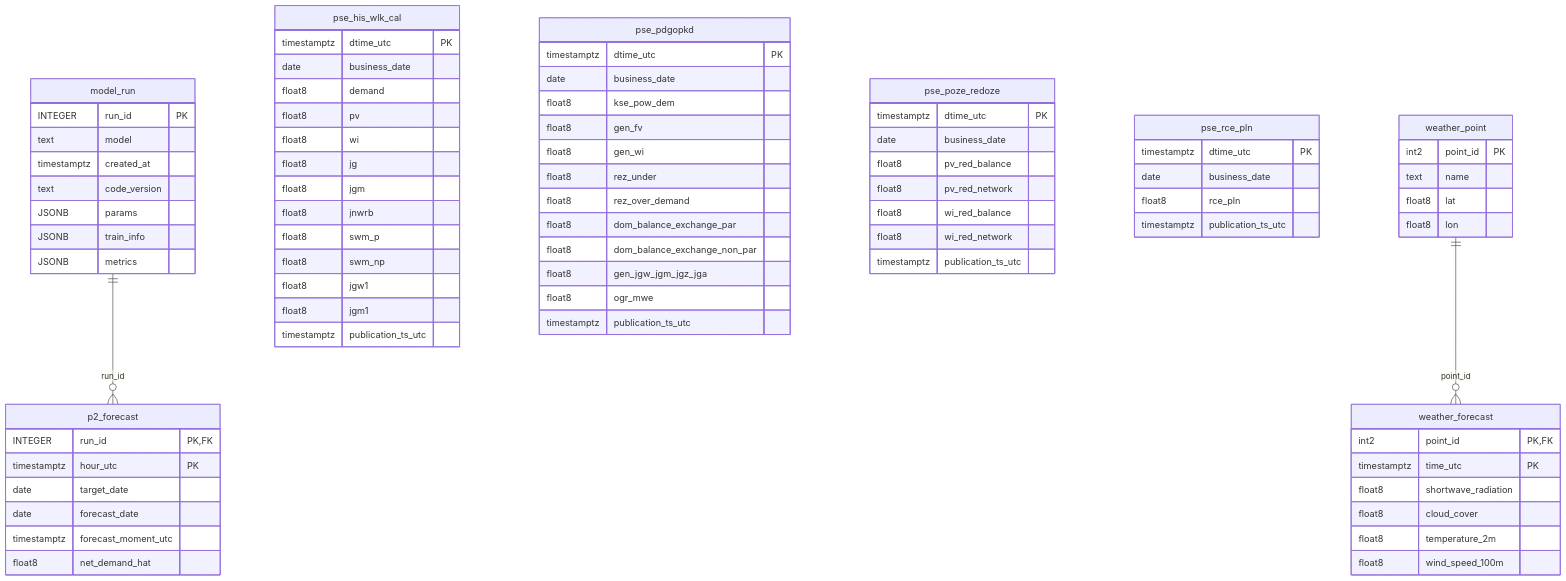
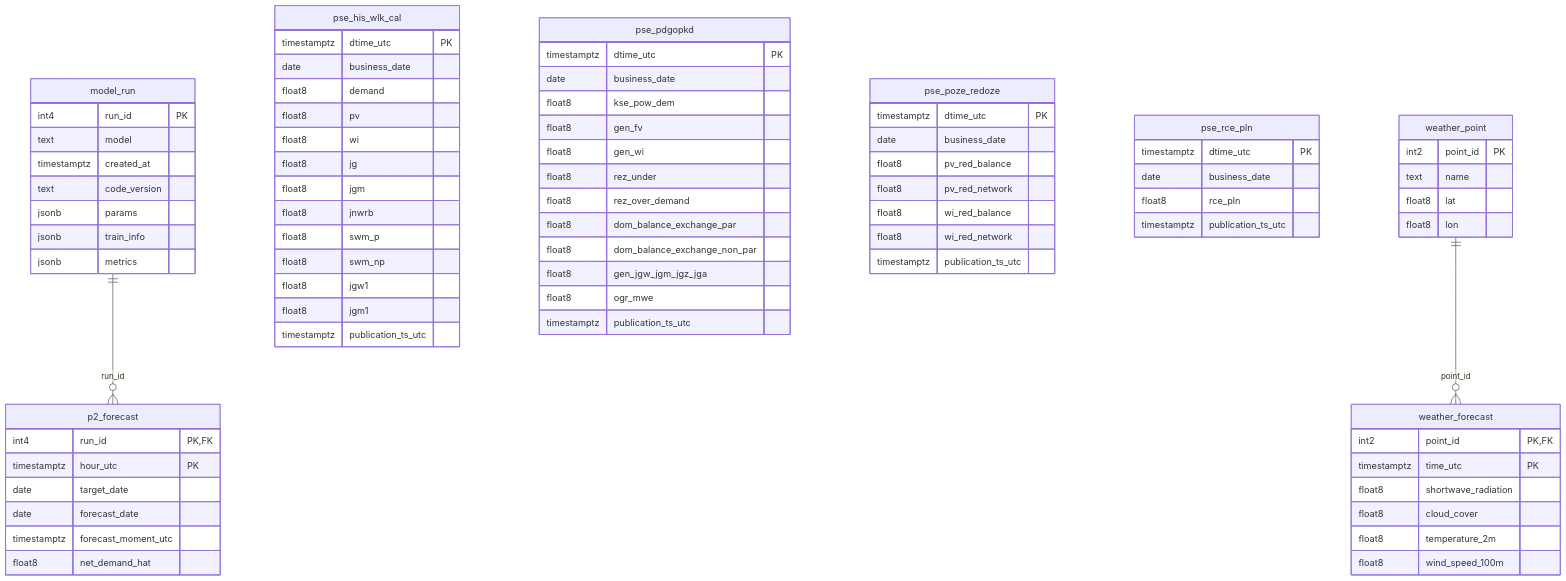
The diagram in docs/erd.md (Poted/kse-forecasting), drawn with Mermaid before and after one commit. The commit also changed 13 other files, not shown here.

First line of the commit message:
P2.7: dokumentacja P2 (docs/P2), ERD z typami PostgreSQL, stan

````diff
--- a/docs/erd.md
+++ b/docs/erd.md
@@ -7,80 +7,80 @@
 ```mermaid
 erDiagram
     model_run {
-        INTEGER run_id PK
+        int4 run_id PK
         text model
         timestamptz created_at
         text code_version
-        JSONB params
-        JSONB train_info
-        JSONB metrics
+        jsonb params
+        jsonb train_info
+        jsonb metrics
     }
     pse_his_wlk_cal {
         timestamptz dtime_utc PK
         date business_date
         float8 demand
         float8 pv
         float8 wi
         float8 jg
         float8 jgm
         float8 jnwrb
         float8 swm_p
         float8 swm_np
         float8 jgw1
         float8 jgm1
         timestamptz publication_ts_utc
     }
     pse_pdgopkd {
         timestamptz dtime_utc PK
         date business_date
         float8 kse_pow_dem
         float8 gen_fv
         float8 gen_wi
         float8 rez_under
         float8 rez_over_demand
         float8 dom_balance_exchange_par
         float8 dom_balance_exchange_non_par
         float8 gen_jgw_jgm_jgz_jga
         float8 ogr_mwe
         timestamptz publication_ts_utc
     }
     pse_poze_redoze {
         timestamptz dtime_utc PK
         date business_date
         float8 pv_red_balance
         float8 pv_red_network
         float8 wi_red_balance
         float8 wi_red_network
         timestamptz publication_ts_utc
     }
     pse_rce_pln {
         timestamptz dtime_utc PK
         date business_date
         float8 rce_pln
         timestamptz publication_ts_utc
     }
     weather_point {
         int2 point_id PK
         text name
         float8 lat
         float8 lon
     }
     p2_forecast {
-        INTEGER run_id PK,FK
+        int4 run_id PK,FK
         timestamptz hour_utc PK
         date target_date
         date forecast_date
         timestamptz forecast_moment_utc
         float8 net_demand_hat
     }
     weather_forecast {
         int2 point_id PK,FK
         timestamptz time_utc PK
         float8 shortwave_radiation
         float8 cloud_cover
         float8 temperature_2m
         float8 wind_speed_100m
     }
     model_run ||--o{ p2_forecast : "run_id"
     weather_point ||--o{ weather_forecast : "point_id"
 ```
````
